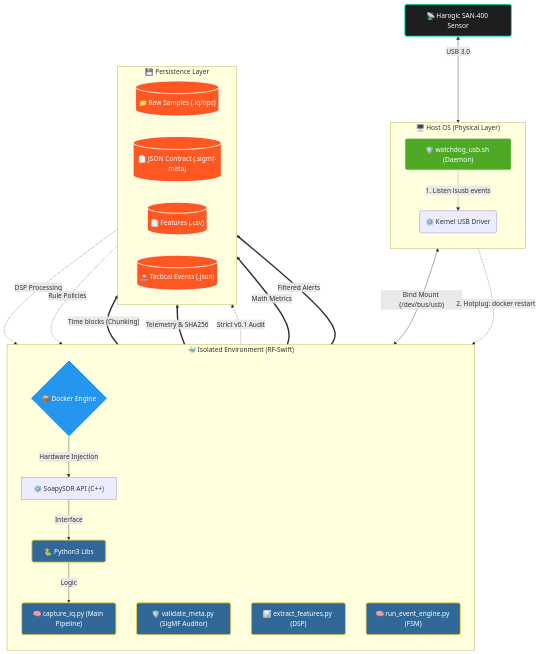
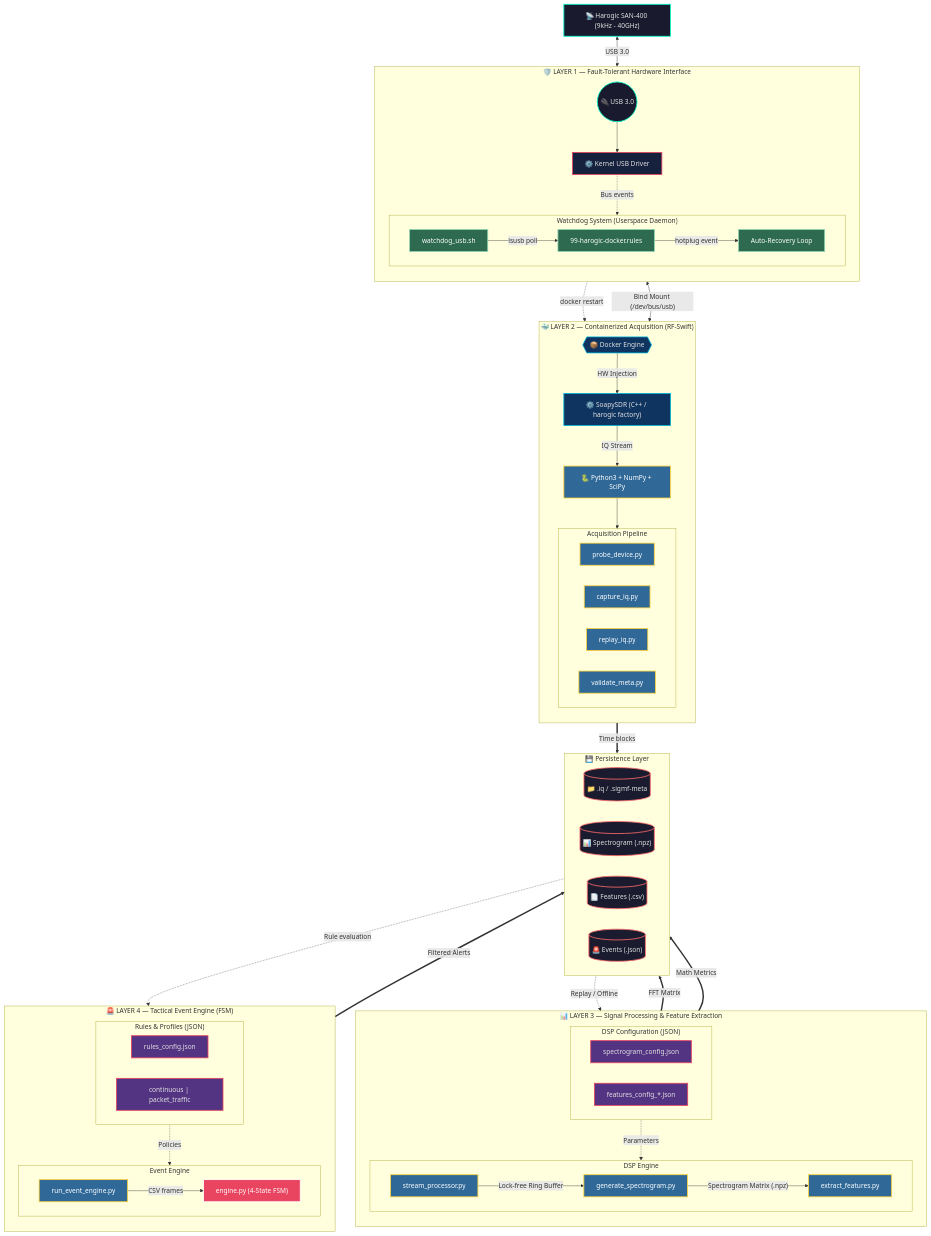
One commit to dielectronico314/Spectre-Horizon changed the diagram in README.md. Above: the diagram before and after it, drawn with Mermaid. The commit also changed other lines of this file and 1 other file, not shown here.

Commit message:
docs: Reescribir arquitectura completa del README — pipeline de 4 capas, Watchdog destacado, estructura de proyecto, roadmap día a día (Días 1-14)

````diff
--- a/README.md
+++ b/README.md
@@ -85,51 +79,108 @@
 ```mermaid
 flowchart TB
-    classDef hardware fill:#1e1e1e,stroke:#00ffcc,stroke-width:2px,color:#fff,rx:5px,ry:5px
-    classDef docker fill:#2496ed,stroke:#ffffff,stroke-width:2px,color:#fff,rx:5px,ry:5px
-    classDef python fill:#306998,stroke:#ffd43b,stroke-width:2px,color:#fff,rx:5px,ry:5px
-    classDef storage fill:#ff5722,stroke:#ffffff,stroke-width:2px,color:#fff,rx:5px,ry:5px
-    classDef bash fill:#4eaa25,stroke:#ffffff,stroke-width:2px,color:#fff,rx:5px,ry:5px
+    classDef hardware fill:#1a1a2e,stroke:#00ffcc,stroke-width:2px,color:#e0e0e0
+    classDef host fill:#16213e,stroke:#e94560,stroke-width:2px,color:#e0e0e0
+    classDef docker fill:#0f3460,stroke:#00b4d8,stroke-width:2px,color:#e0e0e0
+    classDef python fill:#306998,stroke:#ffd43b,stroke-width:2px,color:#fff
+    classDef config fill:#533483,stroke:#e94560,stroke-width:2px,color:#e0e0e0
+    classDef storage fill:#1b1b2f,stroke:#ff6b6b,stroke-width:2px,color:#e0e0e0
+    classDef alert fill:#e94560,stroke:#ffffff,stroke-width:2px,color:#fff
+    classDef bash fill:#2d6a4f,stroke:#95d5b2,stroke-width:2px,color:#fff
 
-    A["📡 Harogic SAN-400 Sensor"]:::hardware <-->|"USB 3.0"| B
-    
-    subgraph HOST["🖥️ Host OS (Physical Layer)"]
+    SENSOR["📡 Harogic SAN-400 (9kHz - 40GHz)"]:::hardware
+
+    subgraph LAYER1["🛡️ LAYER 1 — Fault-Tolerant Hardware Interface"]
         direction TB
-        B("⚙️ Kernel USB Driver")
-        W["🛡️ watchdog_usb.sh (Daemon)"]:::bash
-        W -.->|"1. Listen lsusb events"| B
-    end
-    
-    subgraph DOCKER["🐳 Isolated Environment (RF-Swift)"]
-        direction TB
-        C{"📦 Docker Engine"}:::docker
-        D["⚙️ SoapySDR API (C++)"]
-        E["🐍 Python3 Libs"]:::python
-        F("🧠 capture_iq.py (Main Pipeline)"):::python
-        V("🛡️ validate_meta.py (SigMF Auditor)"):::python
-        I("📊 extract_features.py (DSP)"):::python
-        J("🧠 run_event_engine.py (FSM)"):::python
-        
-        C -->|"Hardware Injection"| D
-        D -->|"Interface"| E
-        E -->|"Logic"| F
+        USB(("🔌 USB 3.0")):::hardware
+        KERNEL["⚙️ Kernel USB Driver"]:::host
+
+        subgraph WATCHDOG["Watchdog System (Userspace Daemon)"]
+            direction LR
+            WD_LISTEN["watchdog_usb.sh"]:::bash
+            WD_UDEV["99-harogic-docker.rules"]:::bash
+            WD_RESTART["Auto-Recovery Loop"]:::bash
+            WD_LISTEN -->|"lsusb poll"| WD_UDEV
+            WD_UDEV -->|"hotplug event"| WD_RESTART
+        end
+
+        USB --> KERNEL
+        KERNEL -.->|"Bus events"| WATCHDOG
     end
 
-    B <-->|"Bind Mount (/dev/bus/usb)"| C
-    W -.->|"2. Hotplug: docker restart"| C
-    
-    subgraph STORAGE["💾 Persistence Layer"]
+    subgraph LAYER2["🐳 LAYER 2 — Containerized Acquisition (RF-Swift)"]
+        direction TB
+        DOCKER{{"📦 Docker Engine"}}:::docker
+        SOAPY["⚙️ SoapySDR (C++ / harogic factory)"]:::docker
+        PYLIBS["🐍 Python3 + NumPy + SciPy"]:::python
+
+        subgraph ACQUISITION["Acquisition Pipeline"]
+            direction LR
+            PROBE["probe_device.py"]:::python
+            CAPTURE["capture_iq.py"]:::python
+            REPLAY["replay_iq.py"]:::python
+            VALIDATE["validate_meta.py"]:::python
+        end
+
+        DOCKER -->|"HW Injection"| SOAPY
+        SOAPY -->|"IQ Stream"| PYLIBS
+        PYLIBS --> ACQUISITION
+    end
+
+    subgraph LAYER3["📊 LAYER 3 — Signal Processing & Feature Extraction"]
+        direction TB
+
+        subgraph DSP["DSP Engine"]
+            direction LR
+            STREAM["stream_processor.py"]:::python
+            SPECTRO["generate_spectrogram.py"]:::python
+            FEATURES["extract_features.py"]:::python
+            STREAM -->|"Lock-free Ring Buffer"| SPECTRO
+            SPECTRO -->|"Spectrogram Matrix (.npz)"| FEATURES
+        end
+
+        subgraph DSP_CONFIG["DSP Configuration (JSON)"]
+            direction LR
+            SPEC_CFG["spectrogram_config.json"]:::config
+            FEAT_CFG["features_config_*.json"]:::config
+        end
+
+        DSP_CONFIG -.->|"Parameters"| DSP
+    end
+
+    subgraph LAYER4["🚨 LAYER 4 — Tactical Event Engine (FSM)"]
+        direction TB
+
+        subgraph ENGINE["Event Engine"]
+            direction LR
+            FSM["engine.py (4-State FSM)"]:::alert
+            RUNNER["run_event_engine.py"]:::python
+            RUNNER -->|"CSV frames"| FSM
+        end
+
+        subgraph RULES["Rules & Profiles (JSON)"]
+            direction LR
+            RULES_CFG["rules_config.json"]:::config
+            PROFILES["continuous | packet_traffic"]:::config
+        end
+
+        RULES -.->|"Policies"| ENGINE
+    end
+
+    subgraph PERSISTENCE["💾 Persistence Layer"]
         direction LR
-        G[("📁 Raw Samples (.iq/npz)")]:::storage
-        H[("📄 JSON Contract (.sigmf-meta)")]:::storage
-        K[("📄 Features (.csv)")]:::storage
-        L[("🚨 Tactical Events (.json)")]:::storage
+        RAW[("📁 .iq / .sigmf-meta")]:::storage
+        NPZ[("📊 Spectrogram (.npz)")]:::storage
+        CSV[("📄 Features (.csv)")]:::storage
+        EVENTS[("🚨 Events (.json)")]:::storage
     end
-    
-    F ==>|"Time blocks (Chunking)"| G
-    F ==>|"Telemetry & SHA256"| H
-    V -.->|"Strict v0.1 Audit"| H
-    G -.->|"DSP Processing"| I
-    I ==>|"Math Metrics"| K
-    K -.->|"Rule Policies"| J
-    J ==>|"Filtered Alerts"| L
+
+    SENSOR <-->|"USB 3.0"| LAYER1
+    WD_RESTART -.->|"docker restart"| DOCKER
+    KERNEL <-->|"Bind Mount (/dev/bus/usb)"| DOCKER
+    ACQUISITION ==>|"Time blocks"| RAW
+    RAW -.->|"Replay / Offline"| DSP
+    DSP ==>|"Math Metrics"| CSV
+    SPECTRO ==>|"FFT Matrix"| NPZ
+    CSV -.->|"Rule evaluation"| ENGINE
+    FSM ==>|"Filtered Alerts"| EVENTS
 ```
````
